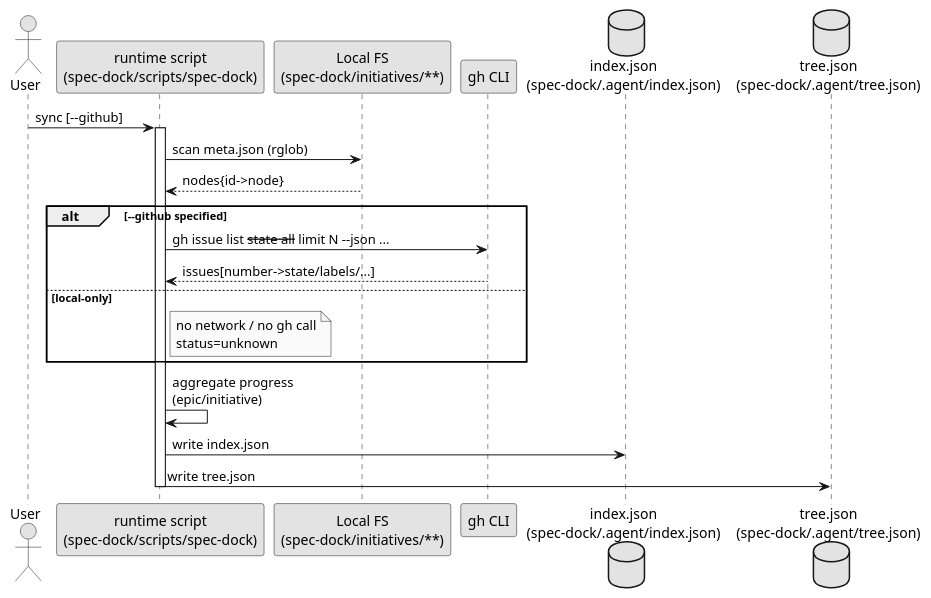
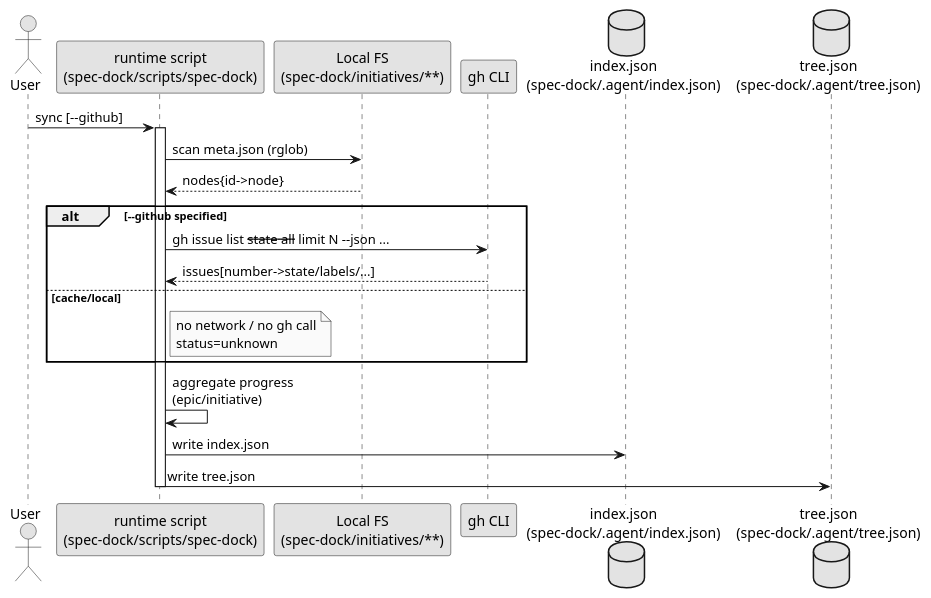
Before and after one commit to chemitaro/spec-dock: the first of 2 diagrams in docs/sync-aggregation.md, drawn with PlantUML. The commit also changed other lines of this file and 17 other files, not shown here.

````diff
--- a/docs/sync-aggregation.md
+++ b/docs/sync-aggregation.md
@@ -109,31 +109,31 @@
 ```plantuml
 @startuml
 skinparam monochrome true
 
 actor User
 participant "runtime script\n(spec-dock/scripts/spec-dock)" as Script
 participant "Local FS\n(spec-dock/initiatives/**)" as FS
 participant "gh CLI" as GH
 database "index.json\n(spec-dock/.agent/index.json)" as State
 database "tree.json\n(spec-dock/.agent/tree.json)" as Tree
 
 User -> Script: sync [--github]
 
 activate Script
 Script -> FS: scan meta.json (rglob)
 FS --> Script: nodes{id->node}
 
 alt --github specified
   Script -> GH: gh issue list --state all --limit N --json ...
   GH --> Script: issues[number->state/labels/...]
-else local-only
+else cache/local
   note right of Script: no network / no gh call\nstatus=unknown
 end
 
 Script -> Script: aggregate progress\n(epic/initiative)
 Script -> State: write index.json
 Script -> Tree: write tree.json
 deactivate Script
 
 @enduml
 ```
````
